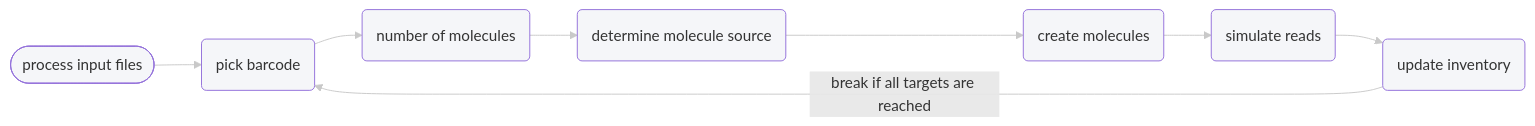
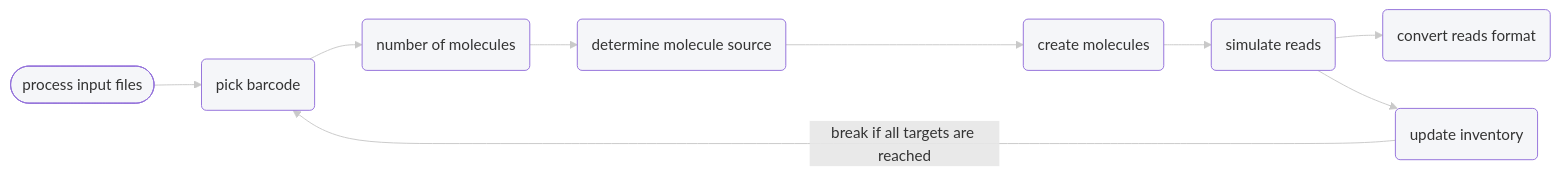
Before and after one commit to pdimens/mimick: the diagram in docs/simulation_process.md, drawn with Mermaid. The commit also changed other lines of this file and 9 other files, not shown here.

````diff
--- a/docs/simulation_process.md
+++ b/docs/simulation_process.md
@@ -10,11 +10,12 @@
 ```mermaid
 %%{init: {"themeVariables": { "lineColor": "#C9C9C9", "mainBkg": "#f5f6f9" }}}%%
 graph LR
     A([process input files]) --> step1
     step1(pick barcode):::clean --> step2(number of molecules)
     step2 --> step3(determine molecule source)
     step3 --> step4(create molecules)
     step4 --> step5(simulate reads)
+    step5 --> stepx(convert reads format)
     step5 --> step6(update inventory)
     step6 -->| break if all targets are reached | step1
 ```
````
